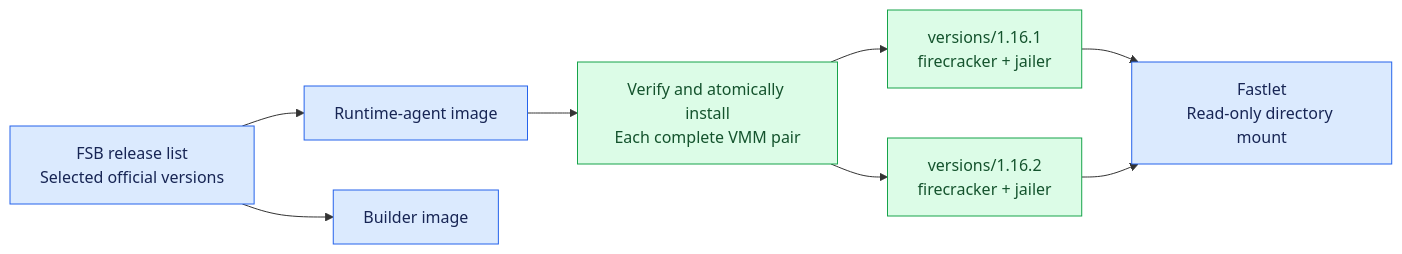
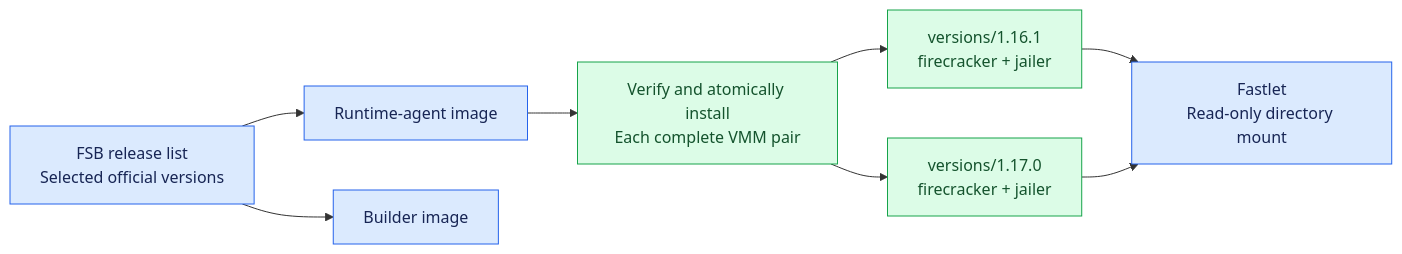
Before and after one commit to opensandbox-group/fast-sandbox: the first of 2 diagrams in fseps/0002-firecracker-multi-version-delivery.md, drawn with Mermaid. The commit also changed other lines of this file, not shown here.

Commit message:
docs(fsep): target Firecracker 1.17.0 in a coordinated FSB release

````diff
--- a/fseps/0002-firecracker-multi-version-delivery.md
+++ b/fseps/0002-firecracker-multi-version-delivery.md
@@ -26,14 +26,14 @@
 ```mermaid
 flowchart LR
     R["FSB release list<br/>Selected official versions"] --> A["Runtime-agent image"]
     R --> B["Builder image"]
     A --> I["Verify and atomically install<br/>Each complete VMM pair"]
     I --> O["versions/1.16.1<br/>firecracker + jailer"]
-    I --> N["versions/1.16.2<br/>firecracker + jailer"]
+    I --> N["versions/1.17.0<br/>firecracker + jailer"]
     O --> F["Fastlet<br/>Read-only directory mount"]
     N --> F
     classDef blue fill:#dbeafe,stroke:#2563eb,color:#172554;
     classDef green fill:#dcfce7,stroke:#16a34a,color:#14532d;
     class R,A,B,F blue;
     class I,O,N green;
 ```
````
